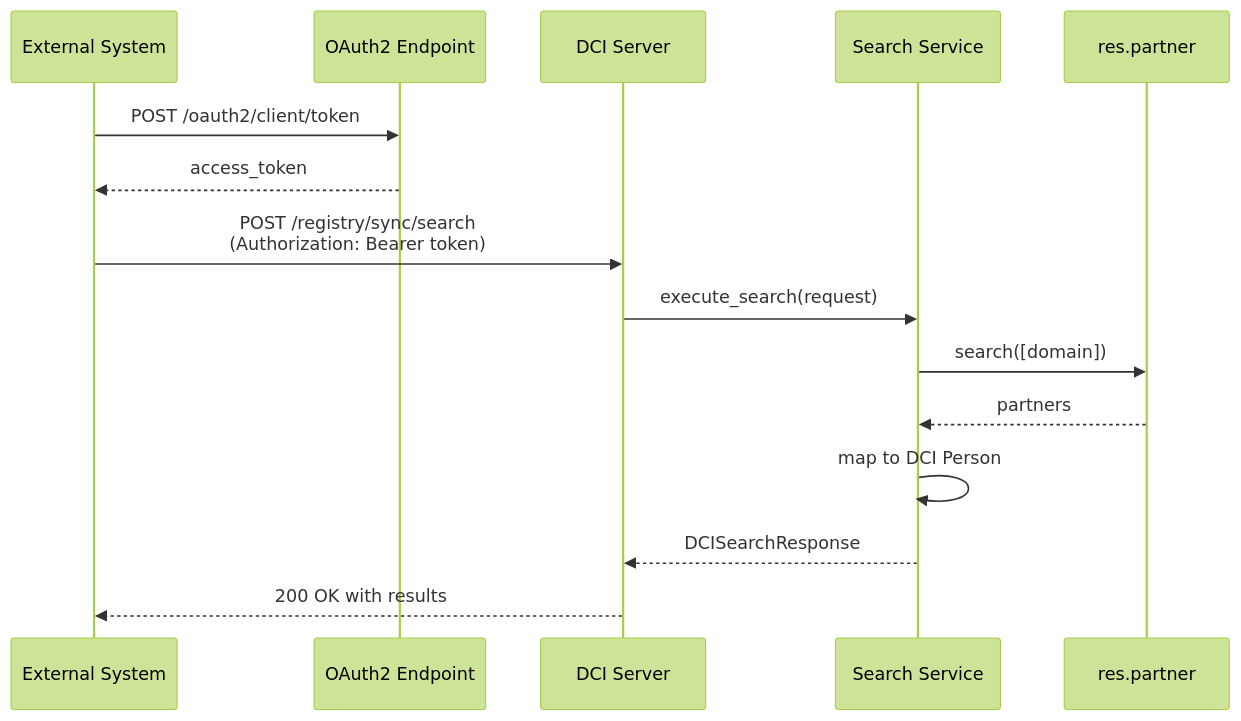
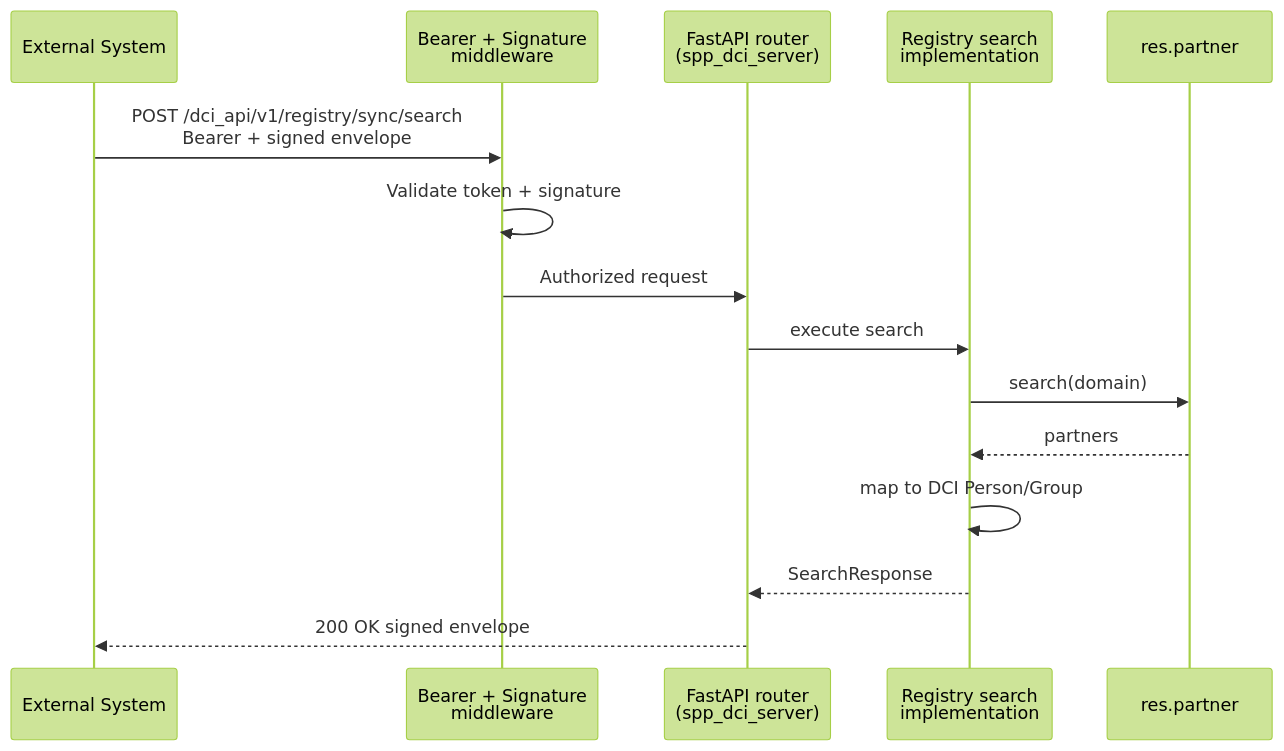
One commit to OpenSPP/documentation changed the diagram in docs/developer_guide/dci/server_role.md. Above: the diagram before and after it, drawn with Mermaid (forest theme). The commit also changed other lines of this file and 4 other files, not shown here.

````diff
--- a/docs/developer_guide/dci/server_role.md
+++ b/docs/developer_guide/dci/server_role.md
@@ -44,19 +21,18 @@
 ```{mermaid}
 sequenceDiagram
     participant External as External System
-    participant Auth as OAuth2 Endpoint
-    participant API as DCI Server
-    participant Service as Search Service
+    participant Middleware as Bearer + Signature<br/>middleware
+    participant Router as FastAPI router<br/>(spp_dci_server)
+    participant SearchSvc as Registry search<br/>implementation
     participant DB as res.partner
 
-    External->>Auth: POST /oauth2/client/token
-    Auth-->>External: access_token
-
-    External->>API: POST /registry/sync/search<br/>(Authorization: Bearer token)
-    API->>Service: execute_search(request)
-    Service->>DB: search([domain])
-    DB-->>Service: partners
-    Service->>Service: map to DCI Person
-    Service-->>API: DCISearchResponse
-    API-->>External: 200 OK with results
+    External->>Middleware: POST /dci_api/v1/registry/sync/search<br/>Bearer + signed envelope
+    Middleware->>Middleware: Validate token + signature
+    Middleware->>Router: Authorized request
+    Router->>SearchSvc: execute search
+    SearchSvc->>DB: search(domain)
+    DB-->>SearchSvc: partners
+    SearchSvc->>SearchSvc: map to DCI Person/Group
+    SearchSvc-->>Router: SearchResponse
+    Router-->>External: 200 OK signed envelope
 ```
````
